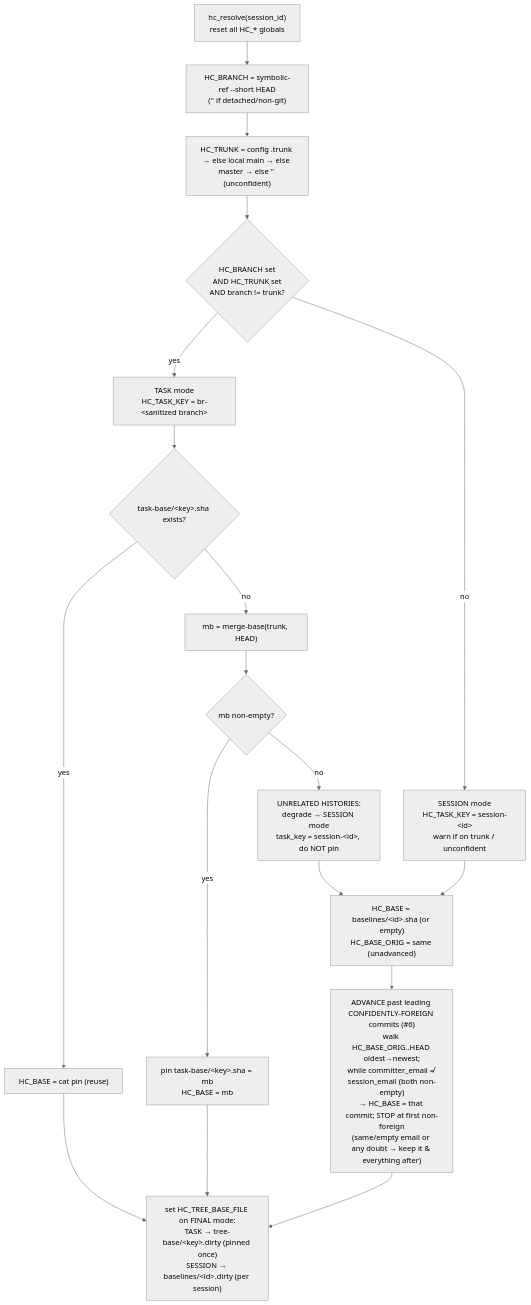
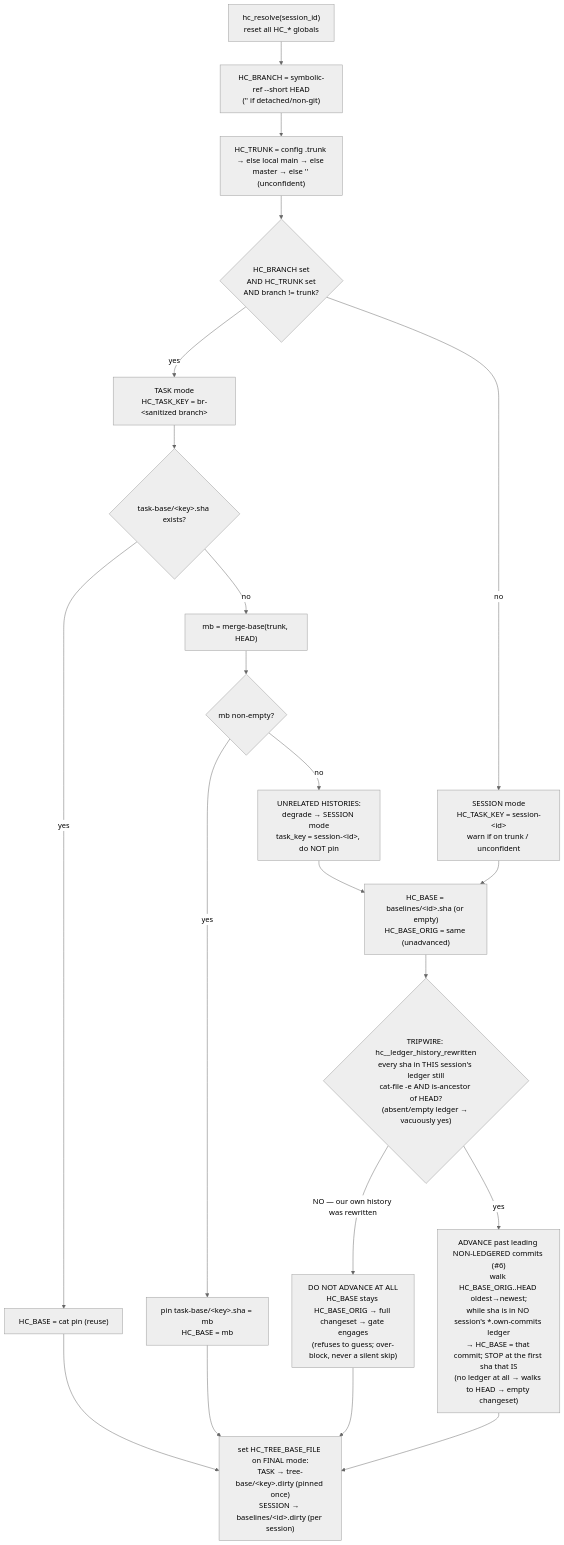
The seventh of 10 diagrams in docs/architecture.md (pehota/harlo), drawn with Mermaid (neutral theme) before and after one commit. The commit also changed other lines of this file and 2 other files, not shown here.

First line of the commit message:
docs: re-sync for the ledger-as-single-source-of-truth scope

````diff
--- a/docs/architecture.md
+++ b/docs/architecture.md
@@ -592,23 +613,26 @@
 ```mermaid
 flowchart TD
   ST["hc_resolve(session_id)<br/>reset all HC_* globals"] --> BR["HC_BRANCH = symbolic-ref --short HEAD<br/>('' if detached/non-git)"]
   BR --> TR["HC_TRUNK = config .trunk → else local main → else master → else '' (unconfident)"]
   TR --> Q{"HC_BRANCH set<br/>AND HC_TRUNK set<br/>AND branch != trunk?"}
   Q -->|yes| TASK["TASK mode<br/>HC_TASK_KEY = br-&lt;sanitized branch&gt;"]
   Q -->|no| SESS["SESSION mode<br/>HC_TASK_KEY = session-&lt;id&gt;<br/>warn if on trunk / unconfident"]
 
   TASK --> PIN{"task-base/&lt;key&gt;.sha exists?"}
   PIN -->|yes| READ["HC_BASE = cat pin (reuse)"]
   PIN -->|no| MB["mb = merge-base(trunk, HEAD)"]
   MB --> MBQ{"mb non-empty?"}
   MBQ -->|yes| WRITE["pin task-base/&lt;key&gt;.sha = mb<br/>HC_BASE = mb"]
   MBQ -->|no| DEGR["UNRELATED HISTORIES:<br/>degrade → SESSION mode<br/>task_key = session-&lt;id&gt;, do NOT pin"]
 
   SESS --> SB["HC_BASE = baselines/&lt;id&gt;.sha (or empty)<br/>HC_BASE_ORIG = same (unadvanced)"]
-  SB --> ADV["ADVANCE past leading CONFIDENTLY-FOREIGN commits (#6)<br/>walk HC_BASE_ORIG..HEAD oldest→newest;<br/>while committer_email ≠ session_email (both non-empty)<br/>→ HC_BASE = that commit; STOP at first non-foreign<br/>(same/empty email or any doubt → keep it & everything after)"]
+  SB --> TW{"TRIPWIRE: hc__ledger_history_rewritten<br/>every sha in THIS session's ledger still<br/>cat-file -e AND is-ancestor of HEAD?<br/>(absent/empty ledger → vacuously yes)"}
+  TW -->|"NO — our own history was rewritten"| NOADV["DO NOT ADVANCE AT ALL<br/>HC_BASE stays HC_BASE_ORIG → full changeset → gate engages<br/>(refuses to guess; over-block, never a silent skip)"]
+  TW -->|yes| ADV["ADVANCE past leading NON-LEDGERED commits (#6)<br/>walk HC_BASE_ORIG..HEAD oldest→newest;<br/>while sha is in NO session's *.own-commits ledger<br/>→ HC_BASE = that commit; STOP at the first sha that IS<br/>(no ledger at all → walks to HEAD → empty changeset)"]
   DEGR --> SB
 
   READ --> TB
   WRITE --> TB
+  NOADV --> TB
   ADV --> TB["set HC_TREE_BASE_FILE on FINAL mode:<br/>TASK → tree-base/&lt;key&gt;.dirty (pinned once)<br/>SESSION → baselines/&lt;id&gt;.dirty (per session)"]
 ```
````
